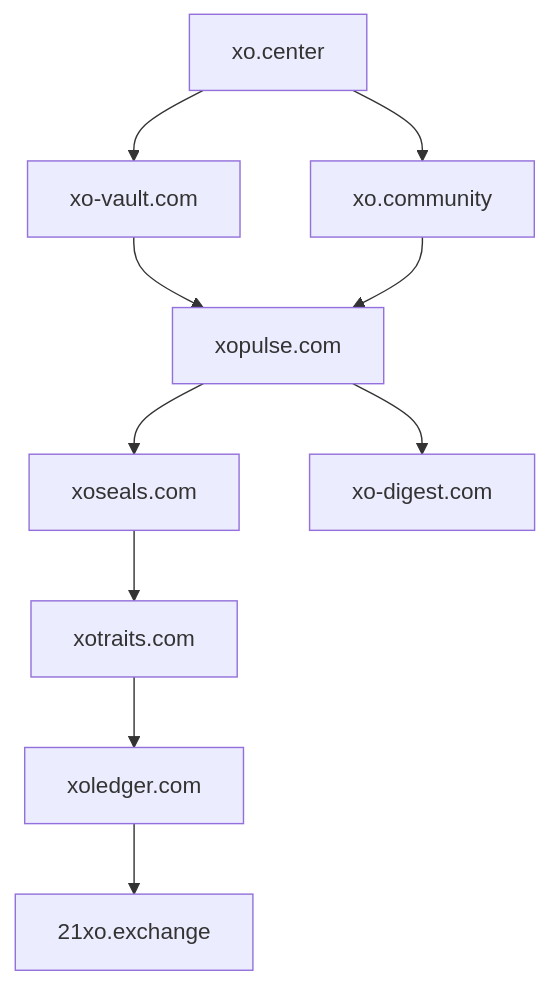
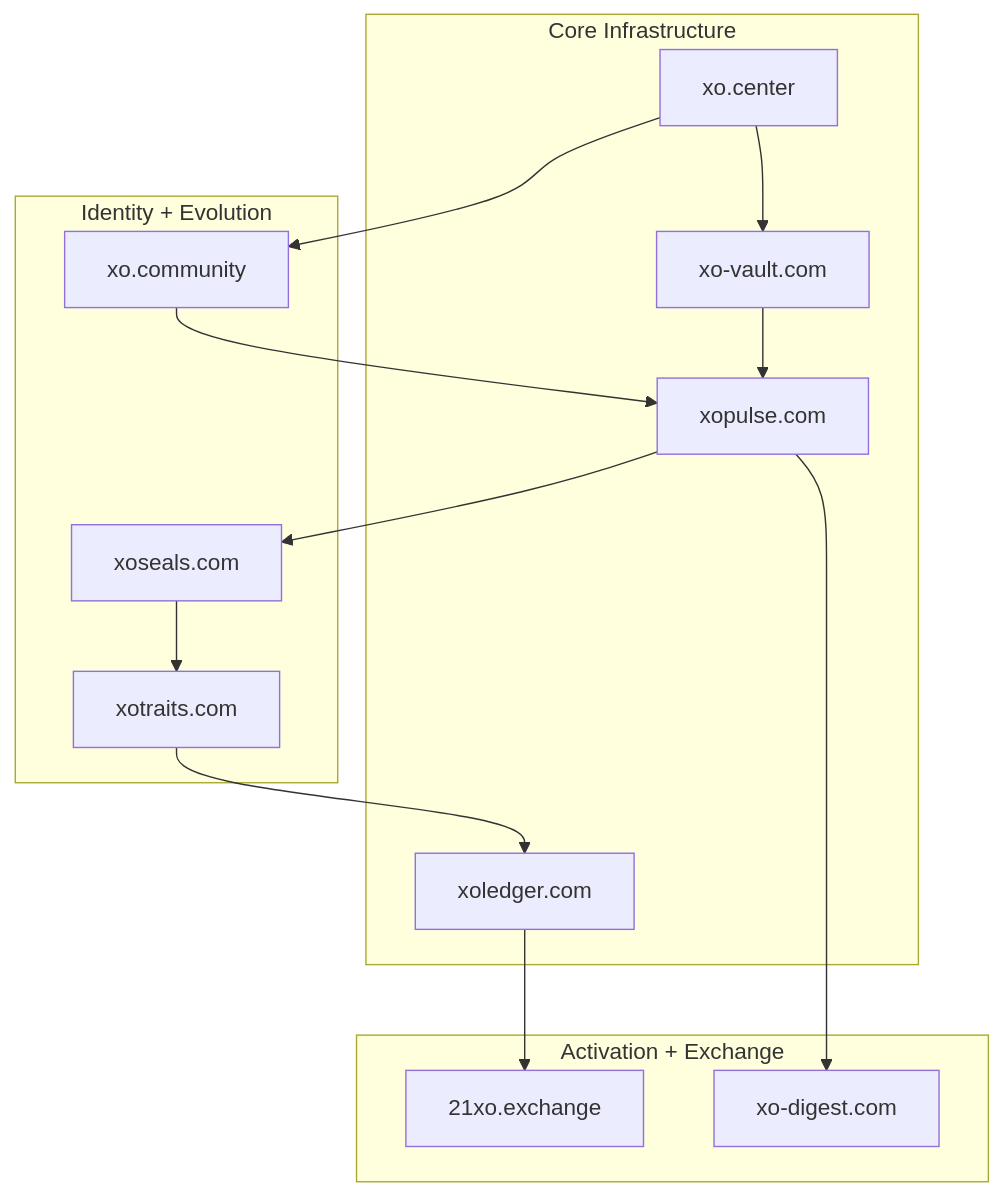
The diagram in docs/domain-constellation.md (xo-ecosystem/xo-universe-docs), drawn with Mermaid before and after one commit. The commit also changed 1 other file, not shown here.

Commit message:
docs: group mermaid diagrams with subgraphs

````diff
--- a/docs/domain-constellation.md
+++ b/docs/domain-constellation.md
@@ -21,24 +19,32 @@
 ```mermaid
 %% XO domain constellation overview
 flowchart TD
 
-Vault[xo-vault.com]
-Pulse[xopulse.com]
-Ledger[xoledger.com]
-Traits[xotraits.com]
-Seals[xoseals.com]
-Center[xo.center]
-Exchange[21xo.exchange]
-Community[xo.community]
-Digest[xo-digest.com]
+subgraph Core[Core Infrastructure]
+    Vault[xo-vault.com]
+    Pulse[xopulse.com]
+    Ledger[xoledger.com]
+    Center[xo.center]
+end
 
+subgraph Identity[Identity + Evolution]
+    Traits[xotraits.com]
+    Seals[xoseals.com]
+    Community[xo.community]
+end
+
+subgraph Activation[Activation + Exchange]
+    Exchange[21xo.exchange]
+    Digest[xo-digest.com]
+end
+
+Center --> Vault
+Center --> Community
 Vault --> Pulse
 Pulse --> Digest
 Pulse --> Seals
 Seals --> Traits
 Traits --> Ledger
 Ledger --> Exchange
-Center --> Vault
-Center --> Community
 Community --> Pulse
 ```
````
